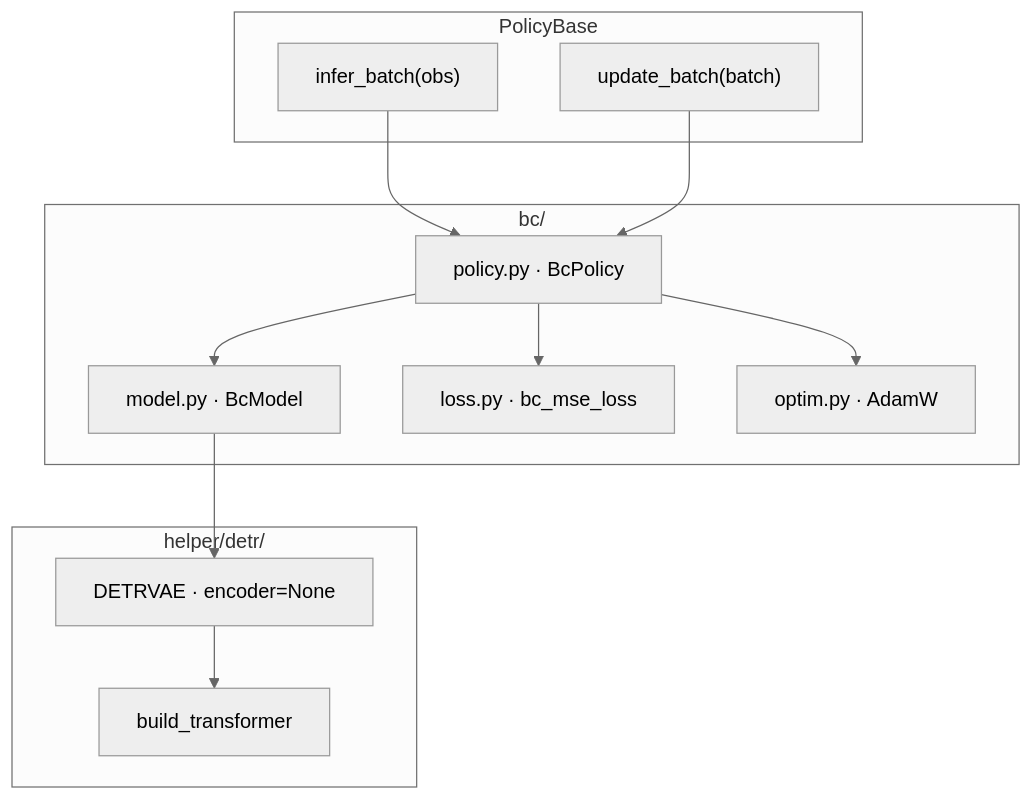
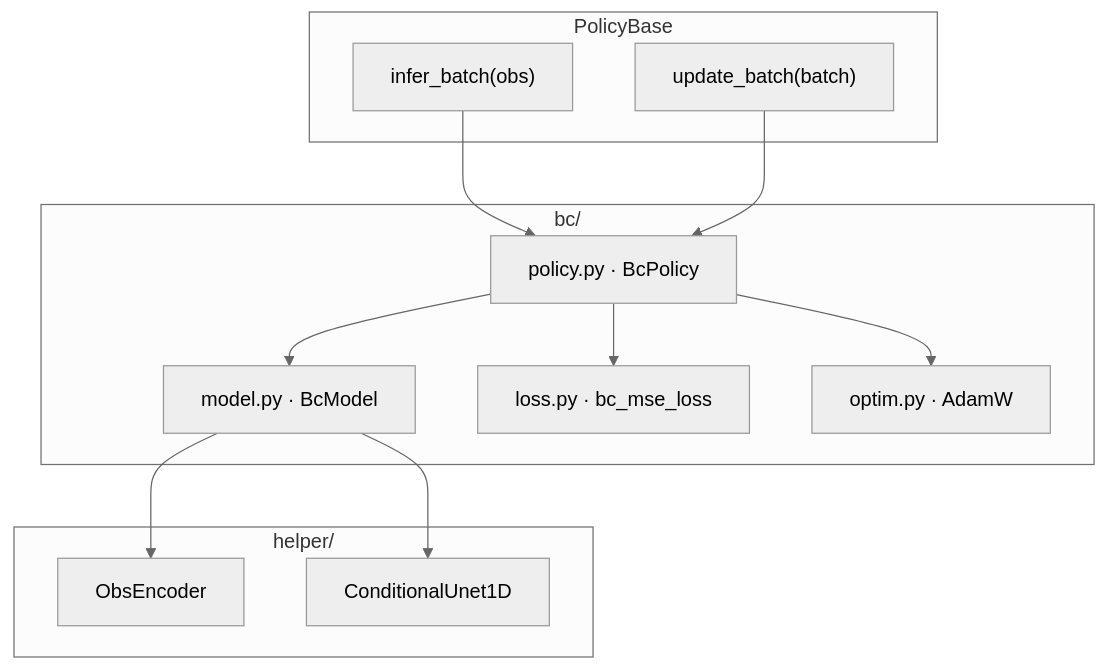
Before and after one commit to IBNBlank/maze_playground: the first of 3 diagrams in bench_policy/utils/policy/bc/ARCHITECTURE.md, drawn with Mermaid (neutral theme). The commit also changed other lines of this file and 13 other files, not shown here.

````diff
--- a/bench_policy/utils/policy/bc/ARCHITECTURE.md
+++ b/bench_policy/utils/policy/bc/ARCHITECTURE.md
@@ -7,27 +7,27 @@
 ```mermaid
 flowchart TB
   subgraph iface["PolicyBase"]
     IB["infer_batch(obs)"]
     UB["update_batch(batch)"]
   end
 
   subgraph bc_pkg["bc/"]
     Pol["policy.py · BcPolicy"]
     Mod["model.py · BcModel"]
     Loss["loss.py · bc_mse_loss"]
     Opt["optim.py · AdamW"]
   end
 
-  subgraph helper["helper/detr/"]
-    DETR["DETRVAE · encoder=None"]
-    Tr["build_transformer"]
+  subgraph helper["helper/"]
+    Obs["ObsEncoder"]
+    UNet["ConditionalUnet1D"]
   end
 
   IB --> Pol
   UB --> Pol
   Pol --> Mod
   Pol --> Loss
   Pol --> Opt
-  Mod --> DETR
-  DETR --> Tr
+  Mod --> Obs
+  Mod --> UNet
 ```
````
